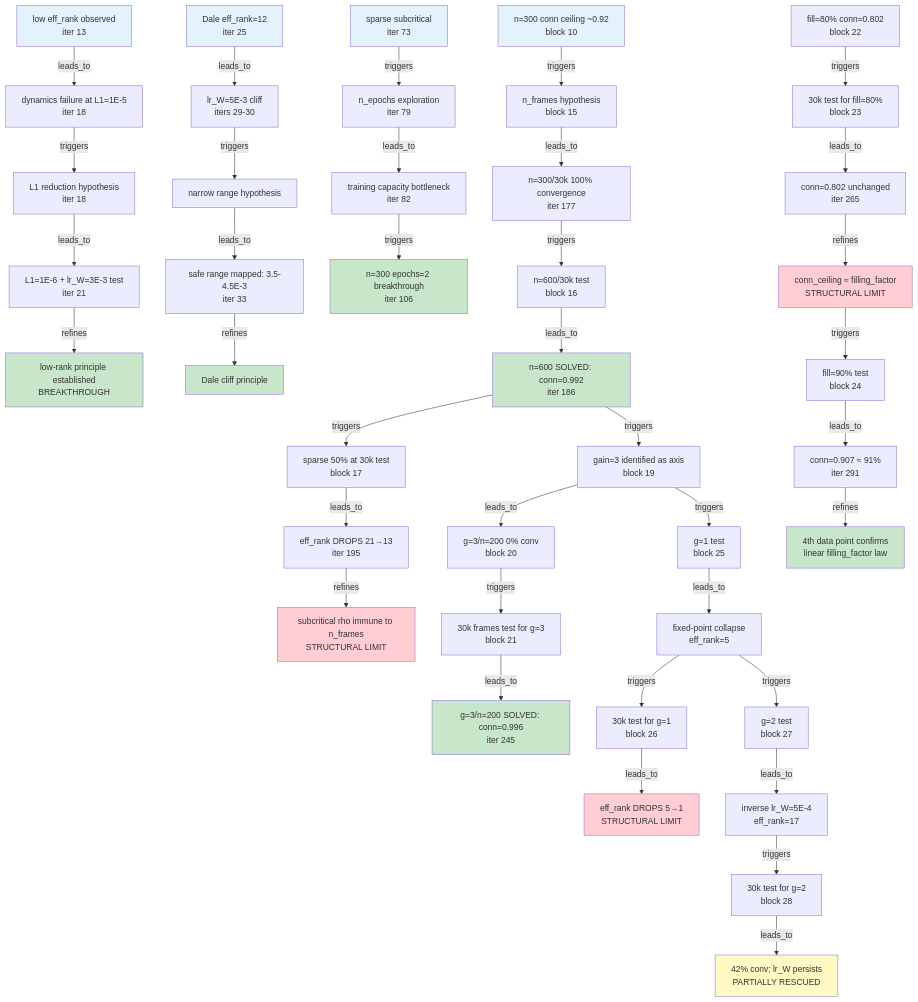
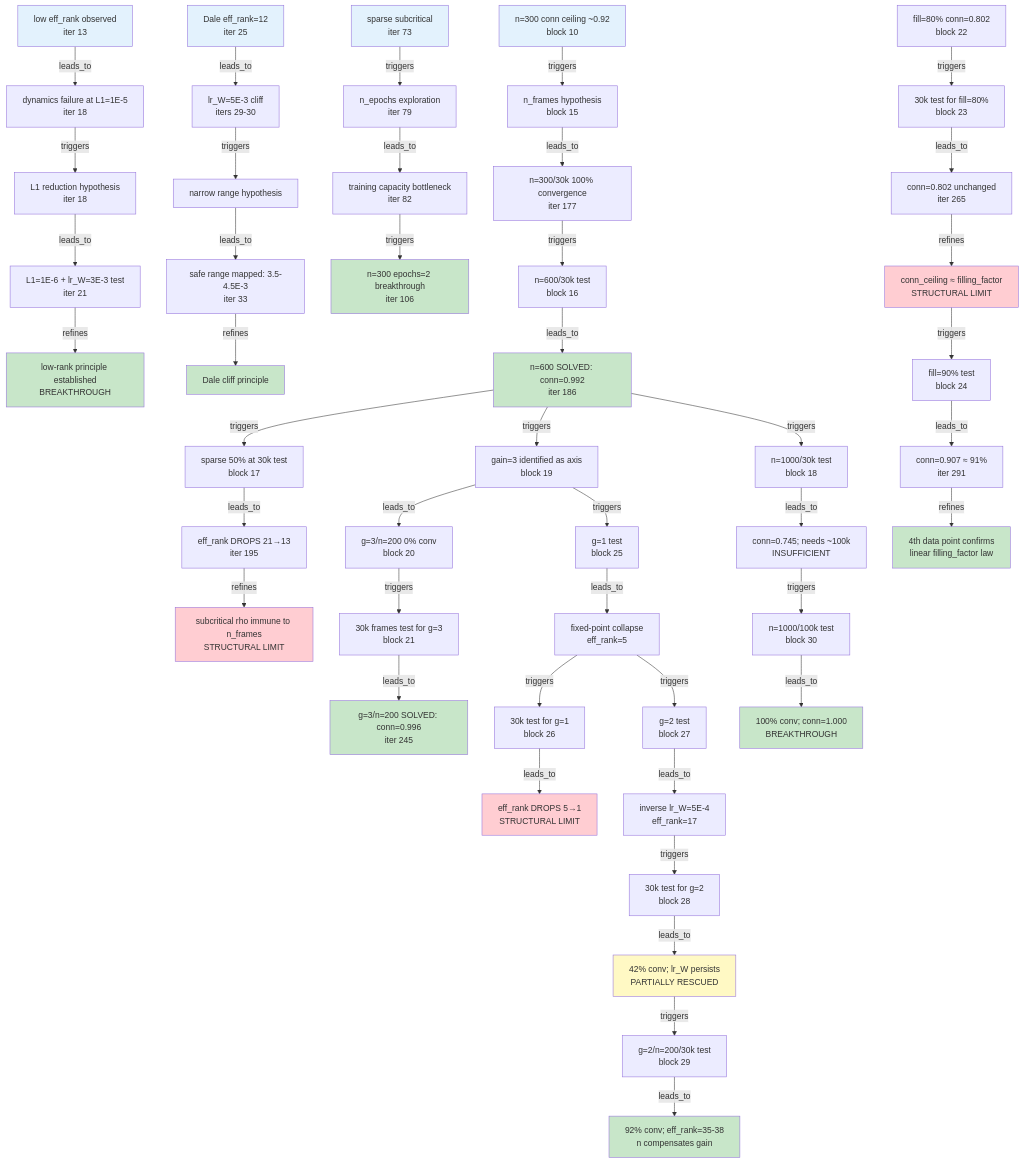
One commit to saalfeldlab/NeuralGraph changed the diagram in epistemic-analysis.qmd. Above: the diagram before and after it, drawn with Mermaid. The commit also changed other lines of this file and 6 other files, not shown here.

````diff
--- a/epistemic-analysis.qmd
+++ b/epistemic-analysis.qmd
@@ -429,63 +442,73 @@
 ```{mermaid}
 graph TD
     A[low eff_rank observed<br/>iter 13] -->|leads_to| B[dynamics failure at L1=1E-5<br/>iter 18]
     B -->|triggers| C[L1 reduction hypothesis<br/>iter 18]
     C -->|leads_to| D[L1=1E-6 + lr_W=3E-3 test<br/>iter 21]
     D -->|refines| E[low-rank principle established<br/>BREAKTHROUGH]
 
     F[Dale eff_rank=12<br/>iter 25] -->|leads_to| G[lr_W=5E-3 cliff<br/>iters 29-30]
     G -->|triggers| H[narrow range hypothesis]
     H -->|leads_to| I[safe range mapped: 3.5-4.5E-3<br/>iter 33]
     I -->|refines| J[Dale cliff principle]
 
     K[sparse subcritical<br/>iter 73] -->|triggers| L[n_epochs exploration<br/>iter 79]
     L -->|leads_to| M[training capacity bottleneck<br/>iter 82]
     M -->|triggers| N[n=300 epochs=2 breakthrough<br/>iter 106]
 
     O[n=300 conn ceiling ~0.92<br/>block 10] -->|triggers| P[n_frames hypothesis<br/>block 15]
     P -->|leads_to| Q[n=300/30k 100% convergence<br/>iter 177]
     Q -->|triggers| R[n=600/30k test<br/>block 16]
     R -->|leads_to| S[n=600 SOLVED: conn=0.992<br/>iter 186]
 
     S -->|triggers| T[sparse 50% at 30k test<br/>block 17]
     T -->|leads_to| U[eff_rank DROPS 21→13<br/>iter 195]
     U -->|refines| V[subcritical rho immune to n_frames<br/>STRUCTURAL LIMIT]
 
     S -->|triggers| W[gain=3 identified as axis<br/>block 19]
     W -->|leads_to| X[g=3/n=200 0% conv<br/>block 20]
     X -->|triggers| Y[30k frames test for g=3<br/>block 21]
     Y -->|leads_to| Z[g=3/n=200 SOLVED: conn=0.996<br/>iter 245]
 
     AA[fill=80% conn=0.802<br/>block 22] -->|triggers| AB[30k test for fill=80%<br/>block 23]
     AB -->|leads_to| AC[conn=0.802 unchanged<br/>iter 265]
     AC -->|refines| AD[conn_ceiling ≈ filling_factor<br/>STRUCTURAL LIMIT]
 
     AD -->|triggers| AE[fill=90% test<br/>block 24]
     AE -->|leads_to| AF[conn=0.907 ≈ 91%<br/>iter 291]
     AF -->|refines| AG[4th data point confirms<br/>linear filling_factor law]
 
     W -->|triggers| AH[g=1 test<br/>block 25]
     AH -->|leads_to| AI[fixed-point collapse<br/>eff_rank=5]
     AI -->|triggers| AJ[30k test for g=1<br/>block 26]
     AJ -->|leads_to| AK[eff_rank DROPS 5→1<br/>STRUCTURAL LIMIT]
 
     AI -->|triggers| AL[g=2 test<br/>block 27]
     AL -->|leads_to| AM[inverse lr_W=5E-4<br/>eff_rank=17]
     AM -->|triggers| AN[30k test for g=2<br/>block 28]
     AN -->|leads_to| AO[42% conv; lr_W persists<br/>PARTIALLY RESCUED]
 
+    AO -->|triggers| AP[g=2/n=200/30k test<br/>block 29]
+    AP -->|leads_to| AQ[92% conv; eff_rank=35-38<br/>n compensates gain]
+
+    S -->|triggers| AR[n=1000/30k test<br/>block 18]
+    AR -->|leads_to| AS[conn=0.745; needs ~100k<br/>INSUFFICIENT]
+    AS -->|triggers| AT[n=1000/100k test<br/>block 30]
+    AT -->|leads_to| AU[100% conv; conn=1.000<br/>BREAKTHROUGH]
+
     style A fill:#e3f2fd
     style E fill:#c8e6c9
     style F fill:#e3f2fd
     style J fill:#c8e6c9
     style K fill:#e3f2fd
     style N fill:#c8e6c9
     style O fill:#e3f2fd
     style S fill:#c8e6c9
     style V fill:#ffcdd2
     style Z fill:#c8e6c9
     style AD fill:#ffcdd2
     style AG fill:#c8e6c9
     style AK fill:#ffcdd2
     style AO fill:#fff9c4
+    style AQ fill:#c8e6c9
+    style AU fill:#c8e6c9
 ```
````
